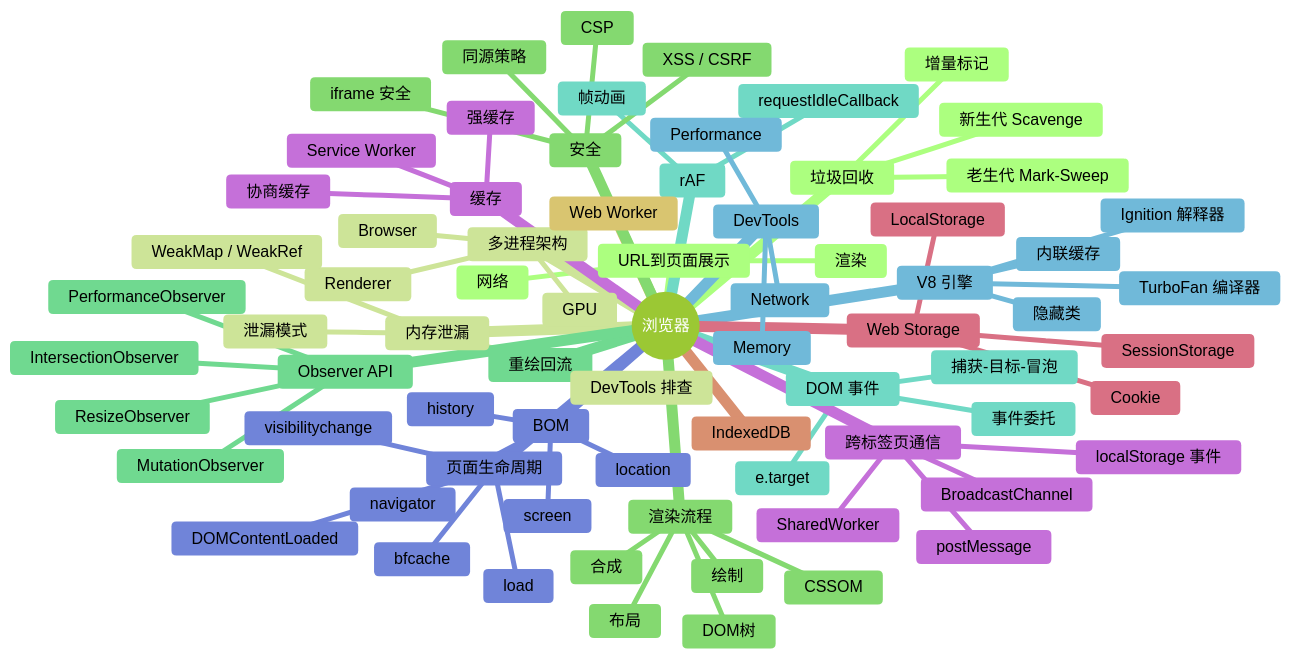
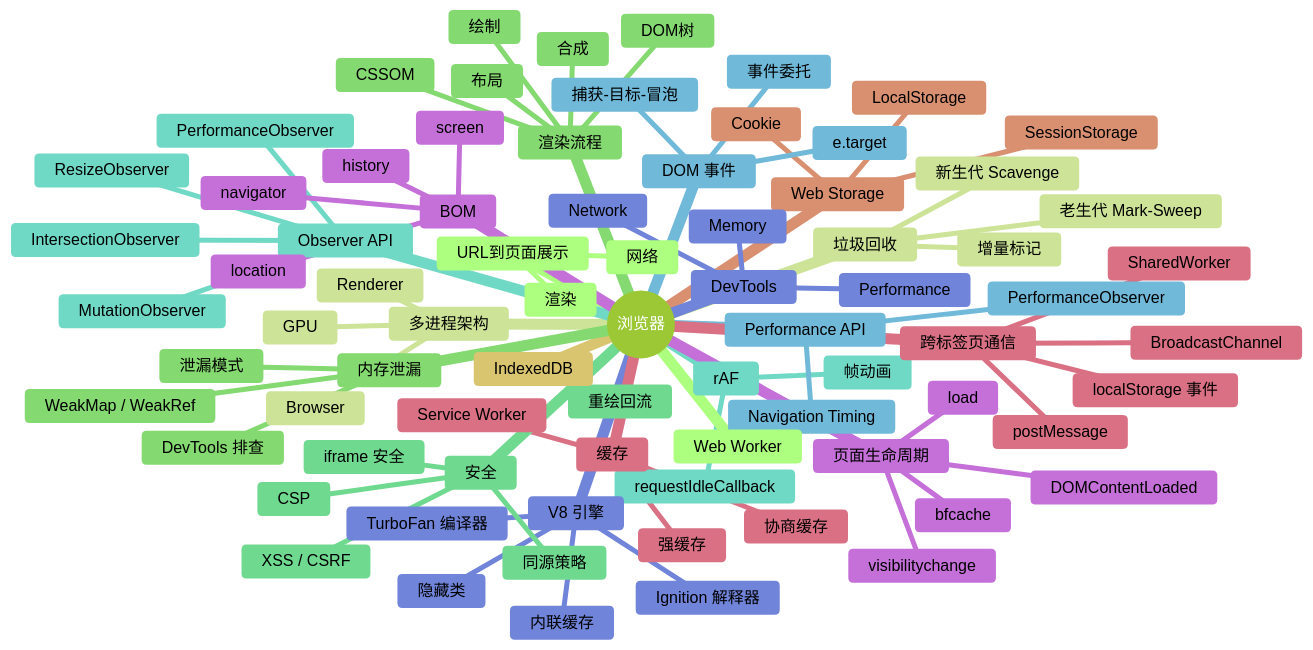
Before and after one commit to zjh42139/interview-notes: the diagram in docs/浏览器/index.md, drawn with Mermaid (forest theme). The commit also changed other lines of this file and 4 other files, not shown here.

First line of the commit message:
fix: index 表格+mindmap 补齐遗漏的新文件条目

````diff
--- a/docs/浏览器/index.md
+++ b/docs/浏览器/index.md
@@ -9,77 +9,80 @@
 ```mermaid
 mindmap
   root((浏览器))
     URL到页面展示
       网络
       渲染
     多进程架构
       Browser
       Renderer
       GPU
     渲染流程
       DOM树
       CSSOM
       布局
       绘制
       合成
     重绘回流
     rAF
       帧动画
       requestIdleCallback
+    Performance API
+      Navigation Timing
+      PerformanceObserver
     V8 引擎
       Ignition 解释器
       TurboFan 编译器
       隐藏类
       内联缓存
     页面生命周期
       DOMContentLoaded
       load
       visibilitychange
       bfcache
     缓存
       强缓存
       协商缓存
       Service Worker
     Web Storage
       Cookie
       LocalStorage
       SessionStorage
     IndexedDB
     Web Worker
     垃圾回收
       新生代 Scavenge
       老生代 Mark-Sweep
       增量标记
     内存泄漏
       泄漏模式
       WeakMap / WeakRef
       DevTools 排查
     安全
       同源策略
       XSS / CSRF
       CSP
       iframe 安全
     Observer API
       MutationObserver
       IntersectionObserver
       ResizeObserver
       PerformanceObserver
     DOM 事件
       捕获-目标-冒泡
       事件委托
       e.target
     DevTools
       Performance
       Memory
       Network
     BOM
       navigator
       screen
       location
       history
     跨标签页通信
       BroadcastChannel
       postMessage
       localStorage 事件
       SharedWorker
 ```
````
